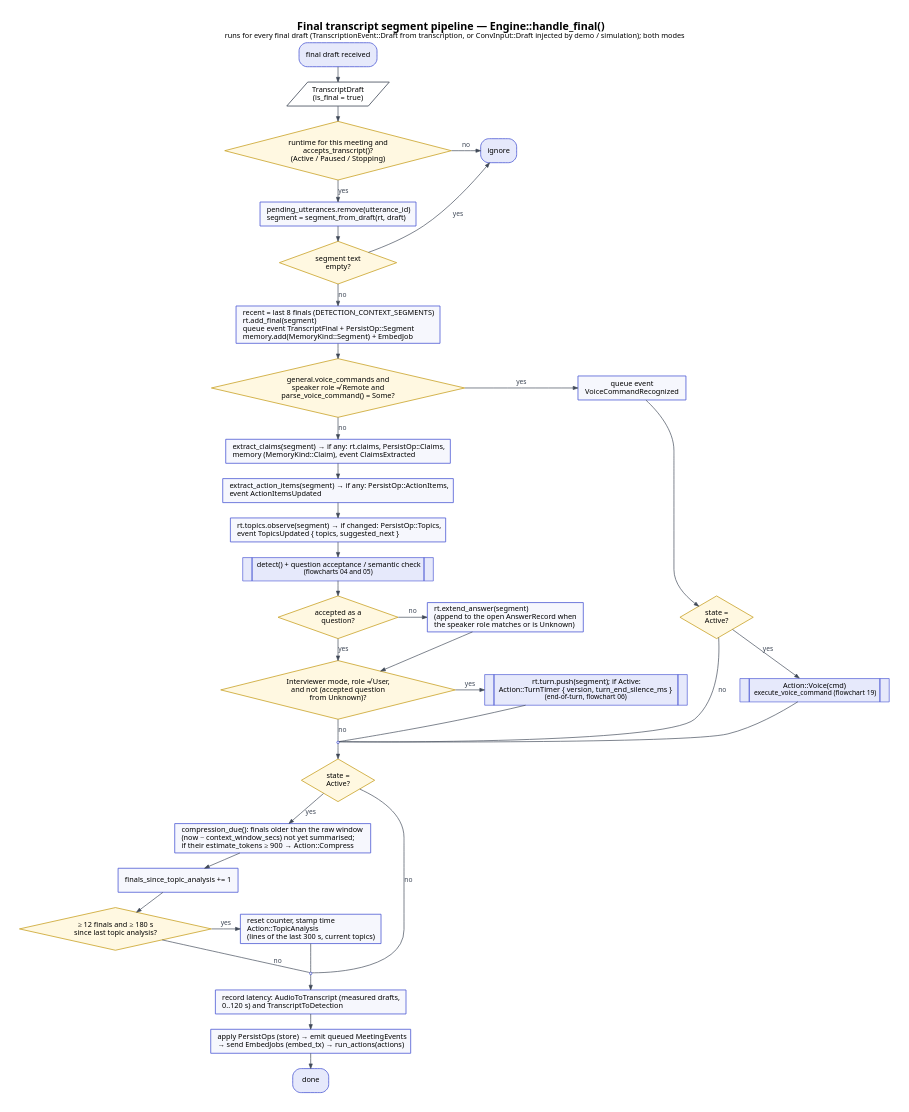
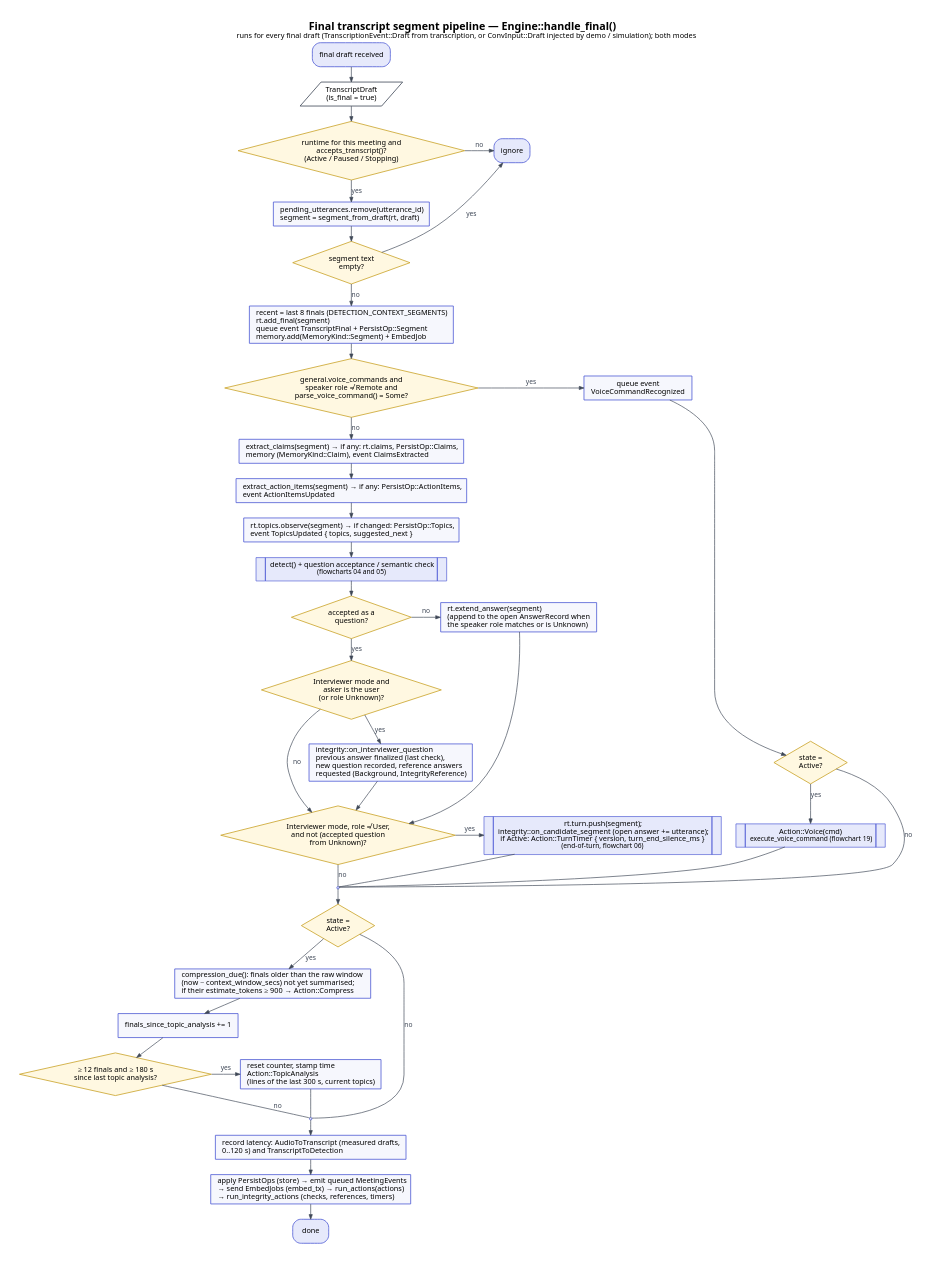
The diagram in diagrams/flowcharts/flowchart-02-final-segment-pipeline.dot (AekamSidhu/Major-Project), drawn with Graphviz before and after one commit. The commit also changed 83 other files, not shown here.

First line of the commit message:
Correct existing diagrams to the code as built

```diff
--- a/diagrams/flowcharts/flowchart-02-final-segment-pipeline.dot
+++ b/diagrams/flowcharts/flowchart-02-final-segment-pipeline.dot
@@ -1,67 +1,71 @@
 // Derived from: crates/openmeet-engine/src/conversation.rs
 //   Engine::handle_final(), compression_due(), run_actions(); constants DETECTION_CONTEXT_SEGMENTS,
 //   COMPRESSION_TRIGGER_TOKENS, TOPIC_ANALYSIS_MIN_FINALS, TOPIC_ANALYSIS_INTERVAL_MS
 //   crates/openmeet-engine/src/runtime.rs (accepts_transcript, extend_answer)
+//   crates/openmeet-engine/src/integrity.rs (on_interviewer_question, on_candidate_segment,
+//   run_integrity_actions) for the answer-integrity hooks in interviewer mode
 digraph flowchart_02 {
   graph [fontname="Segoe UI", fontsize=16, labelloc=t, labeljust=c,
          label=<<B>Final transcript segment pipeline — Engine::handle_final()</B><BR/><FONT POINT-SIZE="11">runs for every final draft (TranscriptionEvent::Draft from transcription, or ConvInput::Draft injected by demo / simulation); both modes</FONT>>,
          bgcolor="#FFFFFF", nodesep=0.3, ranksep=0.3, pad=0.3, newrank=true];
   node  [fontname="Segoe UI", fontsize=11, shape=box, style="filled", fillcolor="#F6F7FD", color="#4F5BD5", penwidth=1.2, margin="0.14,0.05"];
   edge  [fontname="Segoe UI", fontsize=10, color="#3E4756", fontcolor="#3E4756", arrowsize=0.7];
 
   { node [group=main]; start; din; drt; seg; dempty; add; dvoice; claims; items; topics; detect; dacc; dturn; m1; dact; comp; tcount; dtopic; m2; lat; flush; end; }
 
   start [shape=box, style="rounded,filled", fillcolor="#E6E9FB", label="final draft received"];
   din   [shape=parallelogram, fillcolor="#FFFFFF", color="#3E4756", margin="0,0", label="TranscriptDraft\n(is_final = true)"];
   drt   [shape=diamond, style="filled", fillcolor="#FFF8E1", color="#C9A227", label="runtime for this meeting and\naccepts_transcript()?\n(Active / Paused / Stopping)"];
   drop  [shape=box, style="rounded,filled", fillcolor="#E6E9FB", label="ignore"];
   seg   [label="pending_utterances.remove(utterance_id)\lsegment = segment_from_draft(rt, draft)\l"];
   dempty[shape=diamond, style="filled", fillcolor="#FFF8E1", color="#C9A227", label="segment text\nempty?"];
   add   [label="recent = last 8 finals (DETECTION_CONTEXT_SEGMENTS)\lrt.add_final(segment)\lqueue event TranscriptFinal + PersistOp::Segment\lmemory.add(MemoryKind::Segment) + EmbedJob\l"];
   dvoice[shape=diamond, style="filled", fillcolor="#FFF8E1", color="#C9A227", label="general.voice_commands and\nspeaker role ≠ Remote and\nparse_voice_command() = Some?"];
   vrec  [label="queue event\nVoiceCommandRecognized"];
   dvact [shape=diamond, style="filled", fillcolor="#FFF8E1", color="#C9A227", label="state =\nActive?"];
   vact  [shape=plain, label=<<TABLE BORDER="0" CELLBORDER="1" CELLSPACING="0" CELLPADDING="6" BGCOLOR="#E6E9FB" COLOR="#4F5BD5"><TR><TD WIDTH="6"></TD><TD>Action::Voice(cmd)<BR/><FONT POINT-SIZE="10">execute_voice_command (flowchart 19)</FONT></TD><TD WIDTH="6"></TD></TR></TABLE>>];
 
   claims[label="extract_claims(segment) → if any: rt.claims, PersistOp::Claims,\lmemory (MemoryKind::Claim), event ClaimsExtracted\l"];
   items [label="extract_action_items(segment) → if any: PersistOp::ActionItems,\levent ActionItemsUpdated\l"];
   topics[label="rt.topics.observe(segment) → if changed: PersistOp::Topics,\levent TopicsUpdated { topics, suggested_next }\l"];
   detect[shape=plain, label=<<TABLE BORDER="0" CELLBORDER="1" CELLSPACING="0" CELLPADDING="6" BGCOLOR="#E6E9FB" COLOR="#4F5BD5"><TR><TD WIDTH="6"></TD><TD>detect() + question acceptance / semantic check<BR/><FONT POINT-SIZE="10">(flowcharts 04 and 05)</FONT></TD><TD WIDTH="6"></TD></TR></TABLE>>];
   dacc  [shape=diamond, style="filled", fillcolor="#FFF8E1", color="#C9A227", label="accepted as a\nquestion?"];
   ext   [label="rt.extend_answer(segment)\l(append to the open AnswerRecord when\lthe speaker role matches or is Unknown)\l"];
   dturn [shape=diamond, style="filled", fillcolor="#FFF8E1", color="#C9A227", label="Interviewer mode, role ≠ User,\nand not (accepted question\nfrom Unknown)?"];
-  turn  [shape=plain, label=<<TABLE BORDER="0" CELLBORDER="1" CELLSPACING="0" CELLPADDING="6" BGCOLOR="#E6E9FB" COLOR="#4F5BD5"><TR><TD WIDTH="6"></TD><TD>rt.turn.push(segment); if Active:<BR/>Action::TurnTimer { version, turn_end_silence_ms }<BR/><FONT POINT-SIZE="10">(end-of-turn, flowchart 06)</FONT></TD><TD WIDTH="6"></TD></TR></TABLE>>];
+  turn  [shape=plain, label=<<TABLE BORDER="0" CELLBORDER="1" CELLSPACING="0" CELLPADDING="6" BGCOLOR="#E6E9FB" COLOR="#4F5BD5"><TR><TD WIDTH="6"></TD><TD>rt.turn.push(segment);<BR/>integrity::on_candidate_segment (open answer += utterance);<BR/>if Active: Action::TurnTimer { version, turn_end_silence_ms }<BR/><FONT POINT-SIZE="10">(end-of-turn, flowchart 06)</FONT></TD><TD WIDTH="6"></TD></TR></TABLE>>];
+  iq    [shape=diamond, style="filled", fillcolor="#FFF8E1", color="#C9A227", label="Interviewer mode and\nasker is the user\n(or role Unknown)?"];
+  iact  [label="integrity::on_interviewer_question\lprevious answer finalized (last check),\lnew question recorded, reference answers\lrequested (Background, IntegrityReference)\l"];
   m1    [shape=point, width=0.05, label=""];
 
   dact  [shape=diamond, style="filled", fillcolor="#FFF8E1", color="#C9A227", label="state =\nActive?"];
   comp  [label="compression_due(): finals older than the raw window\l(now − context_window_secs) not yet summarised;\lif their estimate_tokens ≥ 900 → Action::Compress\l"];
   tcount[label="finals_since_topic_analysis += 1"];
   dtopic[shape=diamond, style="filled", fillcolor="#FFF8E1", color="#C9A227", label="≥ 12 finals and ≥ 180 s\nsince last topic analysis?"];
   tact  [label="reset counter, stamp time\lAction::TopicAnalysis\l(lines of the last 300 s, current topics)\l"];
   m2    [shape=point, width=0.05, label=""];
   lat   [label="record latency: AudioToTranscript (measured drafts,\l0..120 s) and TranscriptToDetection\l"];
-  flush [label="apply PersistOps (store) → emit queued MeetingEvents\l→ send EmbedJobs (embed_tx) → run_actions(actions)\l"];
+  flush [label="apply PersistOps (store) → emit queued MeetingEvents\l→ send EmbedJobs (embed_tx) → run_actions(actions)\l→ run_integrity_actions (checks, references, timers)\l"];
   end   [shape=box, style="rounded,filled", fillcolor="#E6E9FB", label="done"];
 
   start -> din -> drt;
   drt -> drop [label="no"]; drt -> seg [label="yes"];
   seg -> dempty; dempty -> drop [label="yes"]; dempty -> add [label="no"];
   add -> dvoice;
   dvoice -> vrec [label="yes"]; dvoice -> claims [label="no"];
   vrec -> dvact; dvact -> vact [label="yes"]; dvact -> m1 [label="no", arrowhead=none];
   vact -> m1 [arrowhead=none];
   claims -> items -> topics -> detect -> dacc;
-  dacc -> ext [label="no"]; dacc -> dturn [label="yes"]; ext -> dturn;
+  dacc -> ext [label="no"]; dacc -> iq [label="yes"]; iq -> iact [label="yes"]; iq -> dturn [label="no"]; iact -> dturn; ext -> dturn;
   dturn -> turn [label="yes"]; dturn -> m1 [label="no", arrowhead=none]; turn -> m1 [arrowhead=none];
   m1 -> dact;
   dact -> comp [label="yes"]; dact -> m2 [label="no", arrowhead=none];
   comp -> tcount -> dtopic;
   dtopic -> tact [label="yes"]; dtopic -> m2 [label="no", arrowhead=none]; tact -> m2 [arrowhead=none];
   m2 -> lat -> flush -> end;
 
   {rank=same; drt; drop;}
   {rank=same; dvoice; vrec;}
   {rank=same; dacc; ext;}
   {rank=same; dturn; turn;}
   {rank=same; dtopic; tact;}
 }
```
